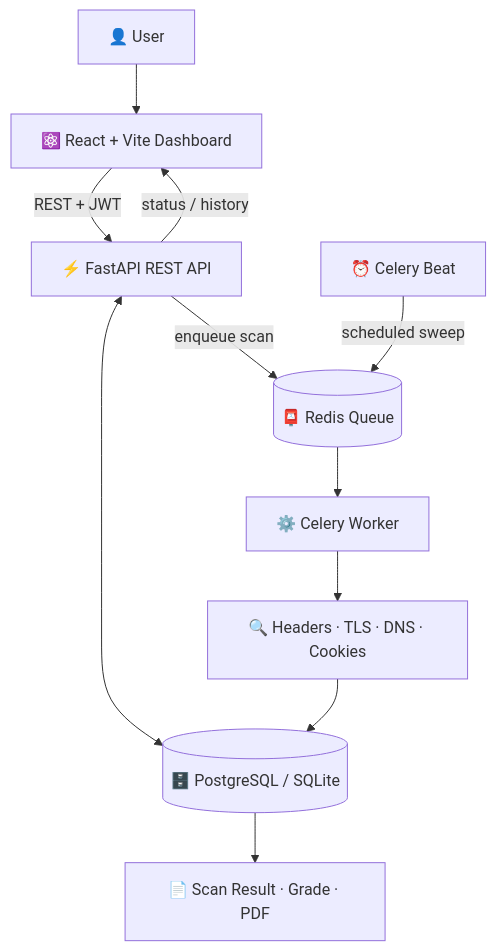
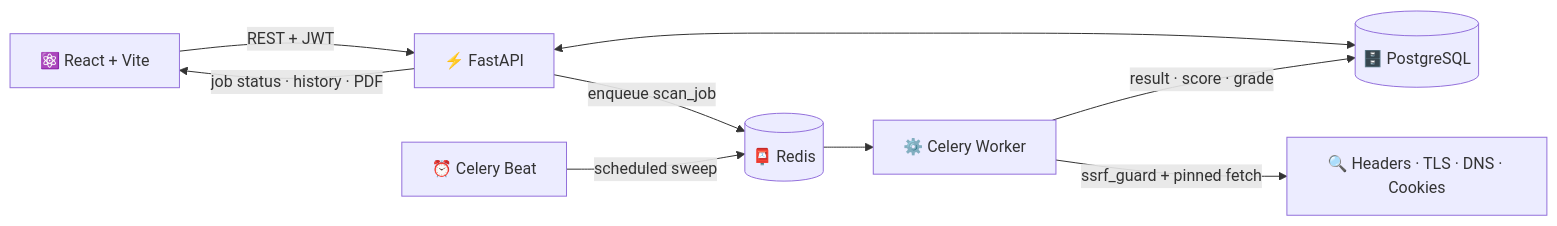
One commit to arman080325/SiteShield-Web changed the diagram in README.md. Above: the diagram before and after it, drawn with Mermaid. The commit also changed other lines of this file and 6 other files, not shown here.

````diff
--- a/README.md
+++ b/README.md
@@ -88,23 +133,11 @@
 ```mermaid
-flowchart TB
-    USER["👤 User"]
-    UI["⚛️ React + Vite Dashboard"]
-    API["⚡ FastAPI REST API"]
-    DB[("🗄️ PostgreSQL / SQLite")]
-    REDIS[("📮 Redis Queue")]
-    WORKER["⚙️ Celery Worker"]
-    BEAT["⏰ Celery Beat"]
-    SCAN["🔍 Headers · TLS · DNS · Cookies"]
-    REPORT["📄 Scan Result · Grade · PDF"]
-
-    USER --> UI
-    UI -->|"REST + JWT"| API
-    API <--> DB
-    API -->|"enqueue scan"| REDIS
-    BEAT -->|"scheduled sweep"| REDIS
-    REDIS --> WORKER
-    WORKER --> SCAN
-    SCAN --> DB
-    DB --> REPORT
-    API -->|"status / history"| UI
+flowchart LR
+    UI["⚛️ React + Vite"] -->|REST + JWT| API["⚡ FastAPI"]
+    API <--> DB[("🗄️ PostgreSQL")]
+    API -->|enqueue scan_job| R[("📮 Redis")]
+    BEAT["⏰ Celery Beat"] -->|scheduled sweep| R
+    R --> W["⚙️ Celery Worker"]
+    W -->|ssrf_guard + pinned fetch| S["🔍 Headers · TLS · DNS · Cookies"]
+    W -->|result · score · grade| DB
+    API -->|job status · history · PDF| UI
 ```
````
